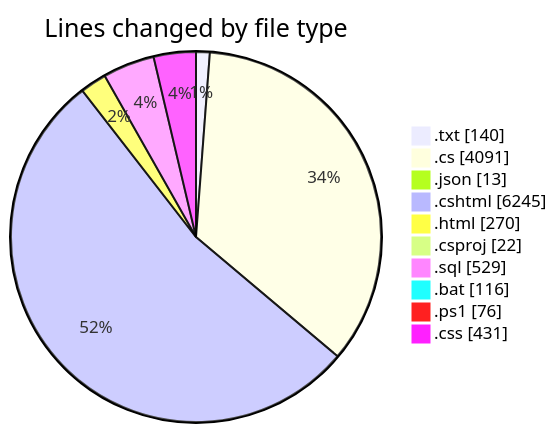
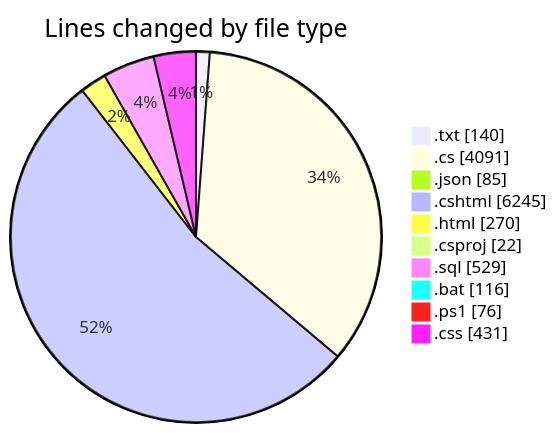
The first of 2 diagrams in 2025-07-27/quanlyrapchieuphim-1/README.md (lephambinh05/code-tracking), drawn with Mermaid before and after one commit. The commit also changed other lines of this file and 1 other file, not shown here.

````diff
--- a/2025-07-27/quanlyrapchieuphim-1/README.md
+++ b/2025-07-27/quanlyrapchieuphim-1/README.md
@@ -61,14 +63,14 @@
 ```mermaid
 pie showData
 title Lines changed by file type
 ".txt" : 140
 ".cs" : 4091
-".json" : 13
+".json" : 85
 ".cshtml" : 6245
 ".html" : 270
 ".csproj" : 22
 ".sql" : 529
 ".bat" : 116
 ".ps1" : 76
 ".css" : 431
 ```
````
